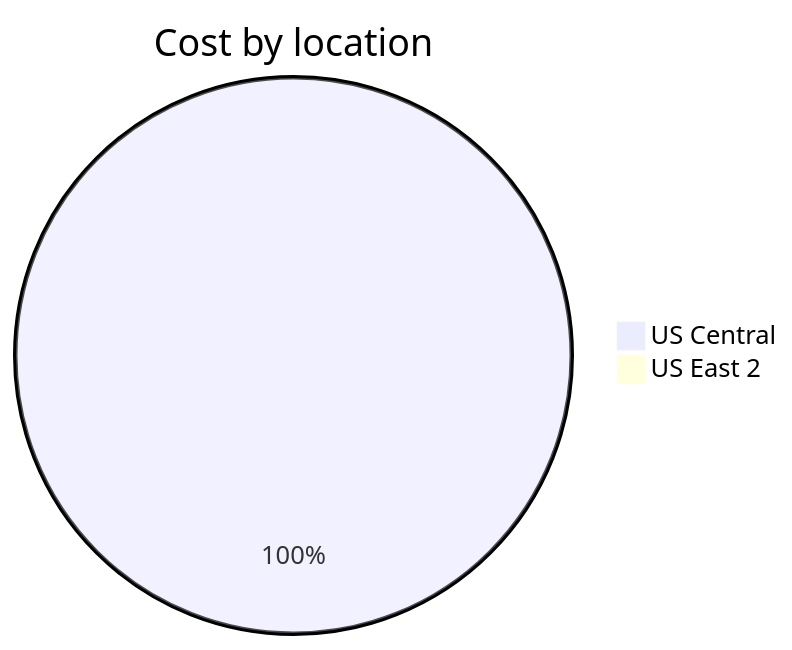
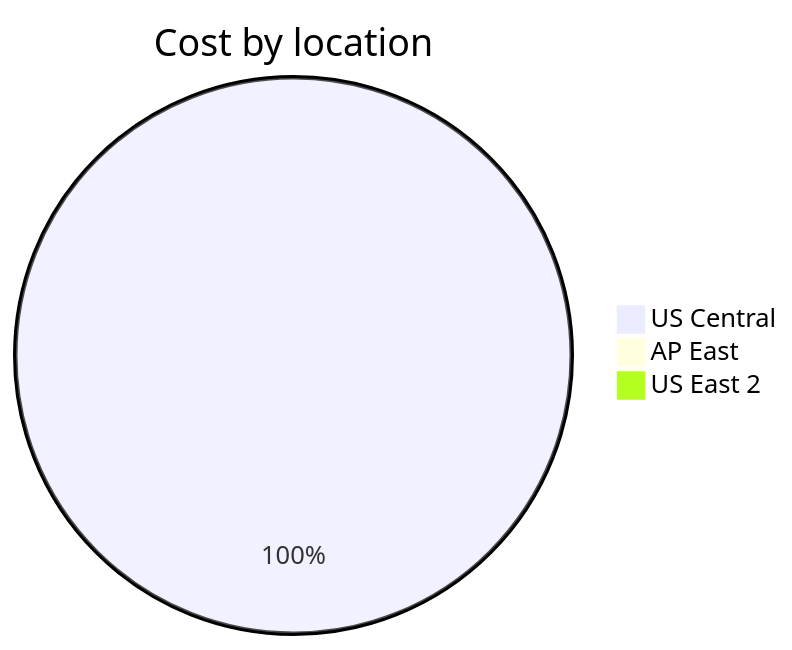
One commit to jpfulton/azure-personal-reports changed the third of 4 diagrams in cost-reports/personal-site/personal-site-preview.md. Above: the diagram before and after it, drawn with Mermaid. The commit also changed other lines of this file and 6 other files, not shown here.

````diff
--- a/cost-reports/personal-site/personal-site-preview.md
+++ b/cost-reports/personal-site/personal-site-preview.md
@@ -108,6 +109,7 @@
 ```mermaid
 pie
    title Cost by location
-   "US Central" : 0.84
+   "US Central" : 1.15
+   "AP East" : 0.00
    "US East 2" : 0.00
 ```
````
